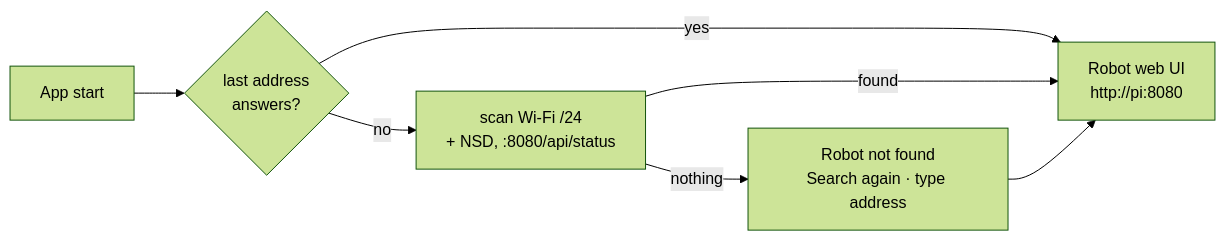
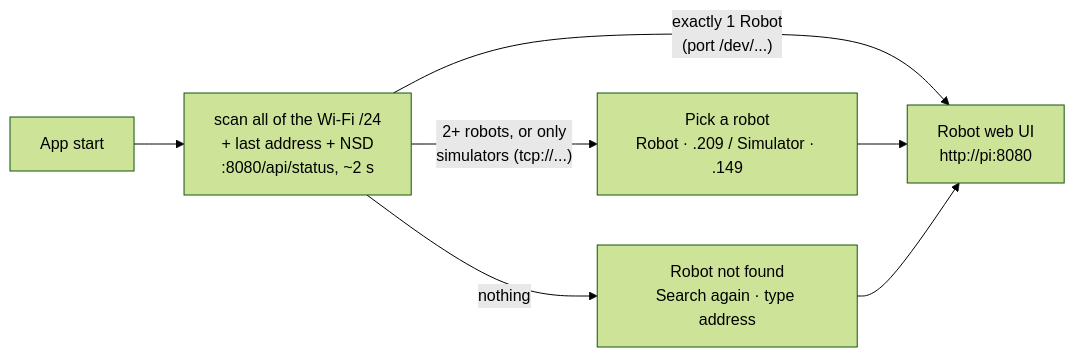
One commit to nespotts/self_balancing_robot_3 changed the diagram in station/android/README.md. Above: the diagram before and after it, drawn with Mermaid (forest theme). The commit also changed other lines of this file and 13 other files, not shown here.

````diff
--- a/station/android/README.md
+++ b/station/android/README.md
@@ -13,9 +13,9 @@
 ```mermaid
 flowchart LR
-  A[App start] --> L{last address<br>answers?}
-  L -- yes --> W[Robot web UI<br>http://pi:8080]
-  L -- no --> S[scan Wi-Fi /24<br>+ NSD, :8080/api/status]
-  S -- found --> W
+  A[App start] --> S[scan all of the Wi-Fi /24<br>+ last address + NSD<br>:8080/api/status, ~2 s]
+  S -- "exactly 1 Robot<br>(port /dev/...)" --> W[Robot web UI<br>http://pi:8080]
+  S -- "2+ robots, or only<br>simulators (tcp://...)" --> P[Pick a robot<br>Robot · .209 / Simulator · .149]
+  P --> W
   S -- nothing --> N[Robot not found<br>Search again · type address]
   N --> W
 ```
````
